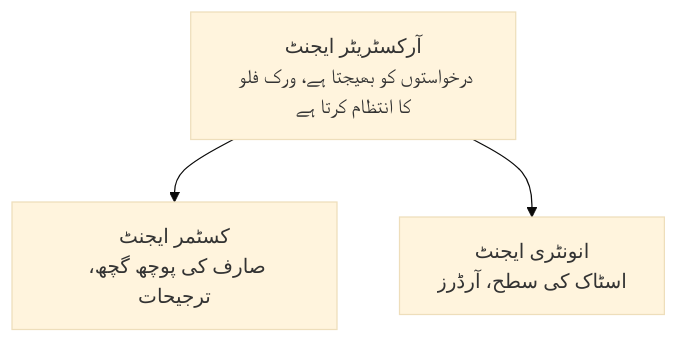
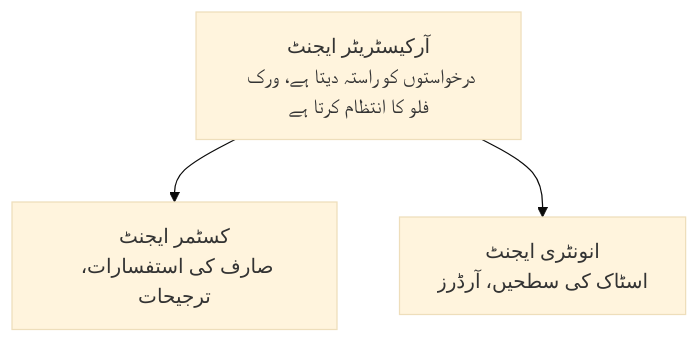
Before and after one commit to microsoft/AZD-for-beginners: the diagram in translations/ur/docs/chapter-05-multi-agent/README.md, drawn with Mermaid (base theme). The commit also changed other lines of this file and 101 other files, not shown here.

````diff
--- a/translations/ur/docs/chapter-05-multi-agent/README.md
+++ b/translations/ur/docs/chapter-05-multi-agent/README.md
@@ -50,5 +52,5 @@
 ```mermaid
 graph TD
-    Orchestrator[آرکسٹریٹر ایجنٹ<br/>درخواستوں کو بھیجتا ہے، ورک فلو کا انتظام کرتا ہے] --> Customer[کسٹمر ایجنٹ<br/>صارف کی پوچھ گچھ، ترجیحات]
-    Orchestrator --> Inventory[انونٹری ایجنٹ<br/>اسٹاک کی سطح، آرڈرز]
+    Orchestrator[آرکیسٹریٹر ایجنٹ<br/>درخواستوں کو راستہ دیتا ہے، ورک فلو کا انتظام کرتا ہے] --> Customer[کسٹمر ایجنٹ<br/>صارف کی استفسارات، ترجیحات]
+    Orchestrator --> Inventory[انونٹری ایجنٹ<br/>اسٹاک کی سطحیں، آرڈرز]
 ```
````
